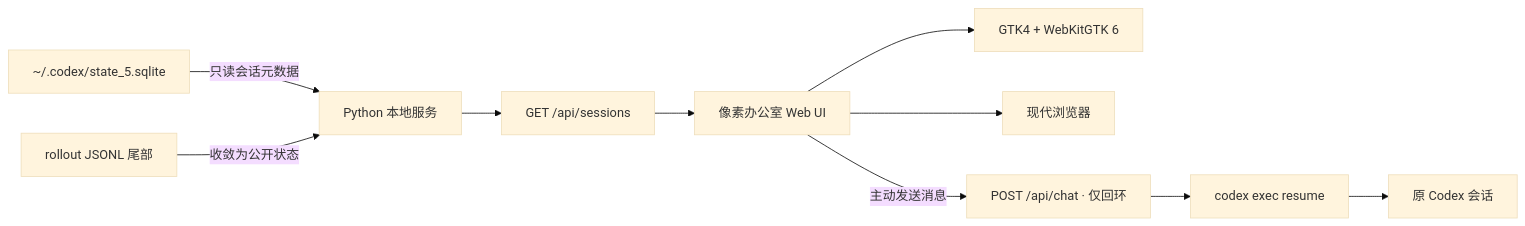
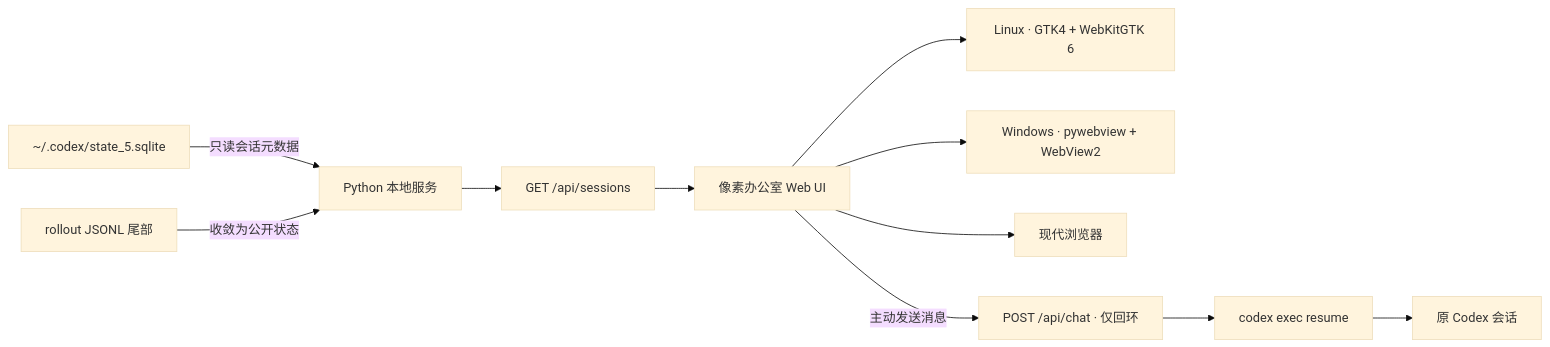
One commit to QianmoNai/codex-pixel-office changed the diagram in README.md. Above: the diagram before and after it, drawn with Mermaid (base theme). The commit also changed other lines of this file and 22 other files, not shown here.

````diff
--- a/README.md
+++ b/README.md
@@ -159,12 +208,13 @@
 ```mermaid
 flowchart LR
     DB["~/.codex/state_5.sqlite"] -->|只读会话元数据| Service["Python 本地服务"]
     Rollout["rollout JSONL 尾部"] -->|收敛为公开状态| Service
     Service --> Sessions["GET /api/sessions"]
     Sessions --> UI["像素办公室 Web UI"]
-    UI --> Desktop["GTK4 + WebKitGTK 6"]
+    UI --> LinuxDesktop["Linux · GTK4 + WebKitGTK 6"]
+    UI --> WindowsDesktop["Windows · pywebview + WebView2"]
     UI --> Browser["现代浏览器"]
     UI -->|主动发送消息| Chat["POST /api/chat · 仅回环"]
     Chat --> CLI["codex exec resume"]
     CLI --> Original["原 Codex 会话"]
 ```
````
